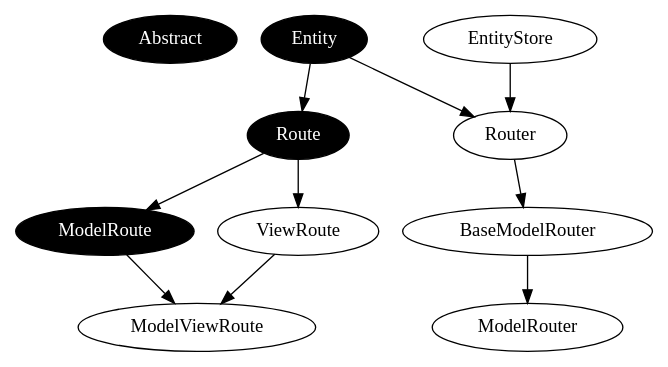
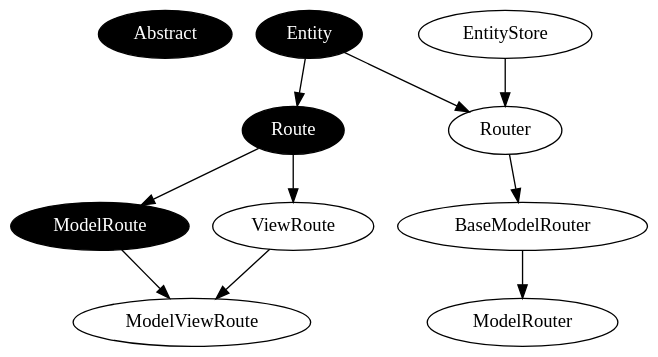
The diagram in docs/index.rst (pstch/django-crucrudile), drawn with Graphviz before and after one commit. The commit also changed 1 other file, not shown here.

```diff
--- a/docs/index.rst
+++ b/docs/index.rst
@@ -24,24 +24,26 @@
 .. graphviz::
 
    digraph class_structure {
+
+     bgcolor="transparent"
 
      "Abstract" [color=black, fontcolor=white, style=filled]
 
      "Entity" [color=black, fontcolor=white, style=filled]
      "Route" [color=black, fontcolor=white, style=filled]
      "ModelRoute" [color=black, fontcolor=white, style=filled]
 
      "Entity" -> "Route"
      "Entity" -> "Router"
      "EntityStore" -> "Router"
 
      "Router" -> "BaseModelRouter"
      "BaseModelRouter" -> "ModelRouter"
 
      "Route" -> "ModelRoute"
      "Route" -> "ViewRoute"
 
      "ModelRoute" -> "ModelViewRoute"
      "ViewRoute" -> "ModelViewRoute"
 
    }
```
